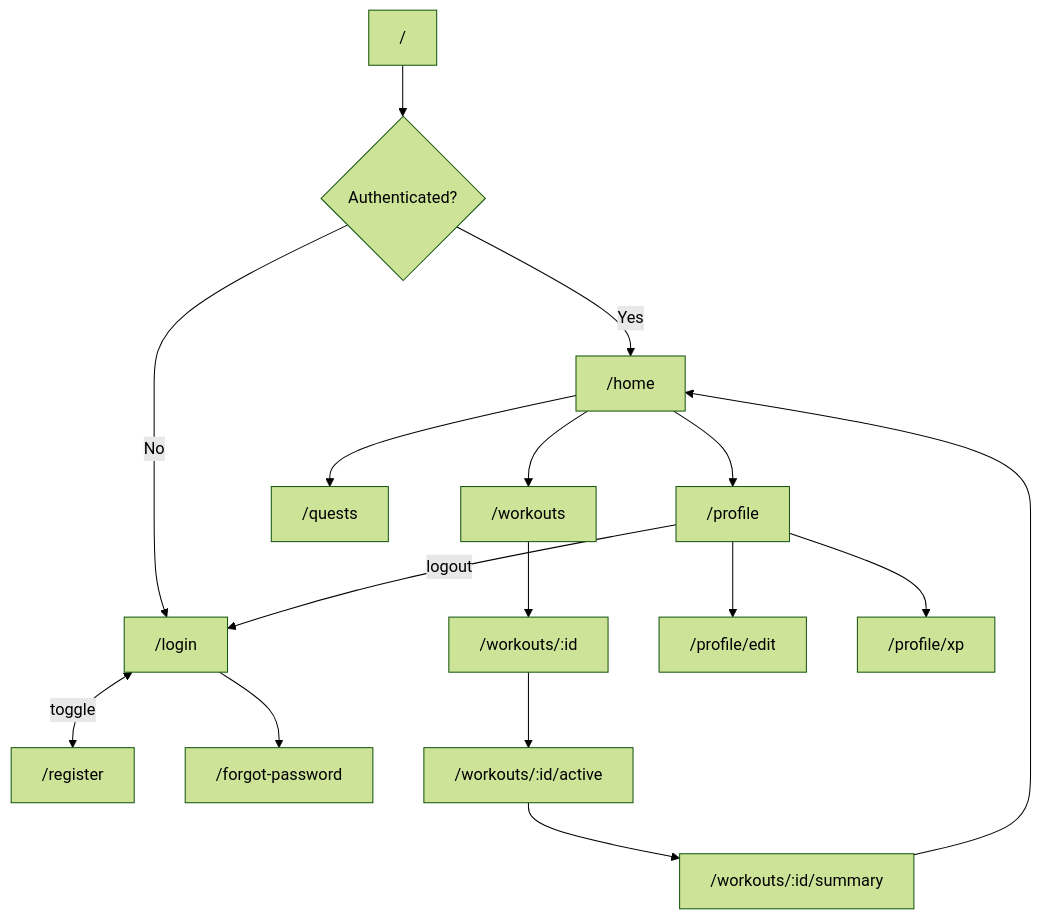
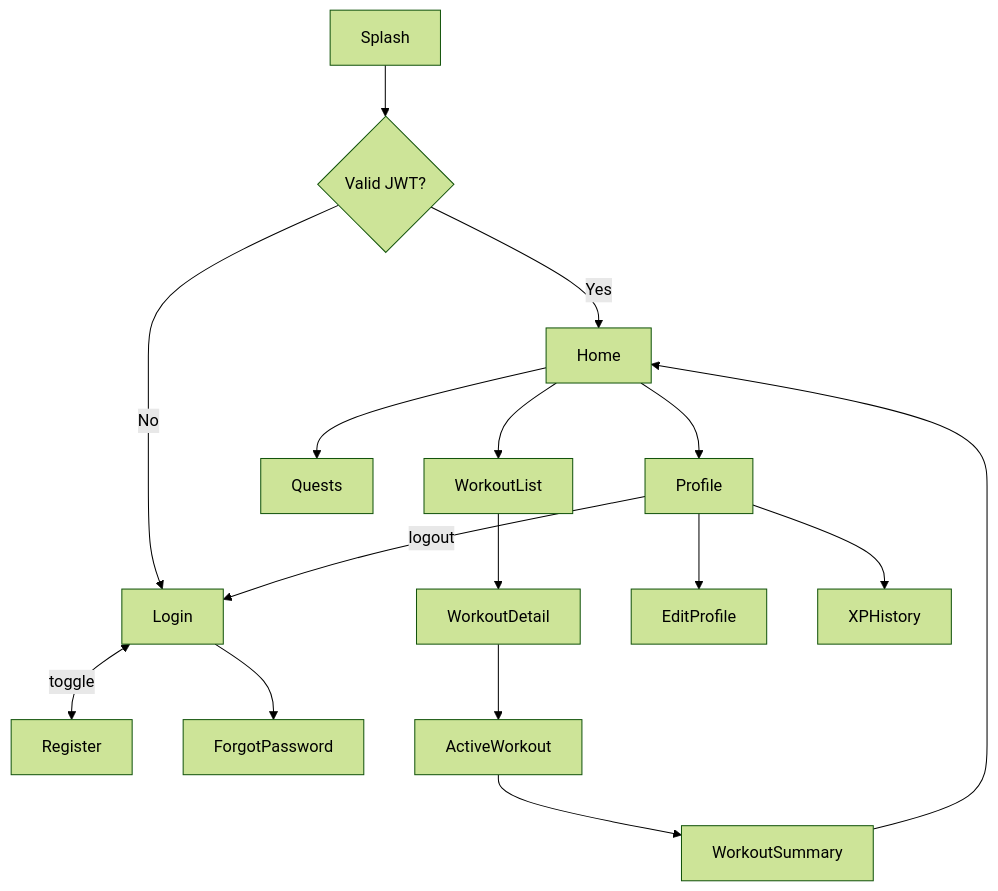
One commit to smrutisagarswain77/AscendFit changed the diagram in docs/UI_SCREENS.md. Above: the diagram before and after it, drawn with Mermaid (forest theme). The commit also changed other lines of this file and 13 other files, not shown here.

````diff
--- a/docs/UI_SCREENS.md
+++ b/docs/UI_SCREENS.md
@@ -235,21 +258,21 @@
 ```mermaid
 flowchart TD
-    Splash["/"] --> AuthCheck{Authenticated?}
-    AuthCheck -->|No| Login["/login"]
-    AuthCheck -->|Yes| Home["/home"]
-    Login <-->|toggle| Register["/register"]
-    Login --> Forgot["/forgot-password"]
+    Splash["Splash"] --> AuthCheck{Valid JWT?}
+    AuthCheck -->|No| Login["Login"]
+    AuthCheck -->|Yes| Home["Home"]
+    Login <-->|toggle| Register["Register"]
+    Login --> Forgot["ForgotPassword"]
 
-    Home --> Workouts["/workouts"]
-    Home --> Quests["/quests"]
-    Home --> Profile["/profile"]
+    Home --> Workouts["WorkoutList"]
+    Home --> Quests["Quests"]
+    Home --> Profile["Profile"]
 
-    Workouts --> Detail["/workouts/:id"]
-    Detail --> Active["/workouts/:id/active"]
-    Active --> Summary["/workouts/:id/summary"]
+    Workouts --> Detail["WorkoutDetail"]
+    Detail --> Active["ActiveWorkout"]
+    Active --> Summary["WorkoutSummary"]
     Summary --> Home
 
-    Profile --> Edit["/profile/edit"]
-    Profile --> XPHist["/profile/xp"]
+    Profile --> Edit["EditProfile"]
+    Profile --> XPHist["XPHistory"]
     Profile -->|logout| Login
 ```
````
